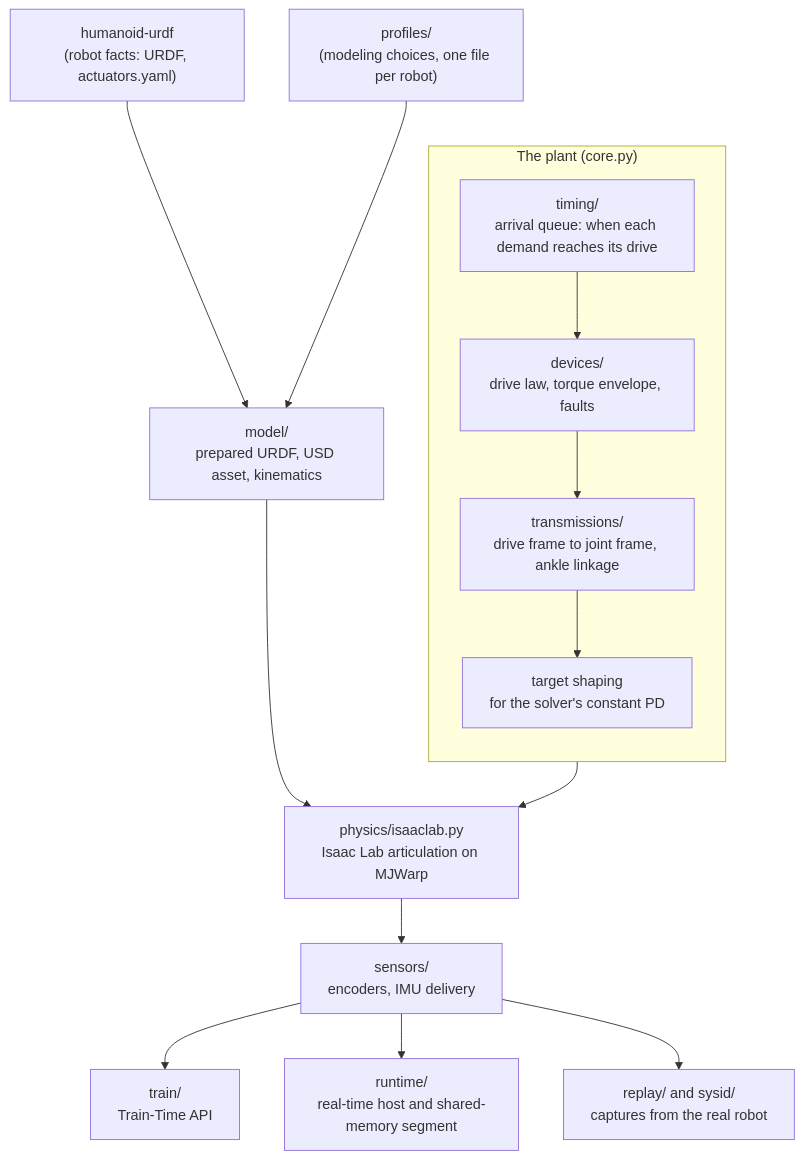
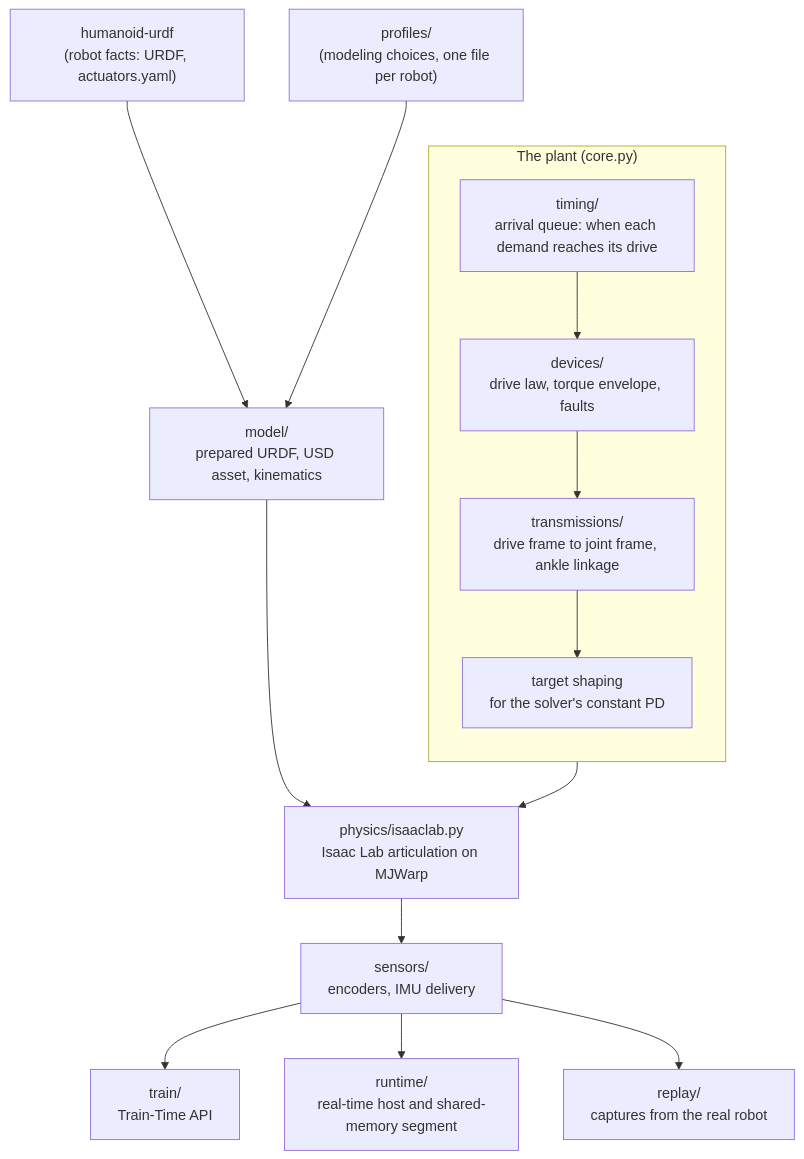
The second of 2 diagrams in docs/overview.md (ETHRoboticsClub/humanoid-sim), drawn with Mermaid before and after one commit. The commit also changed 29 other files, not shown here.

````diff
--- a/docs/overview.md
+++ b/docs/overview.md
@@ -55,17 +55,17 @@
 ```mermaid
 flowchart TB
     urdf["humanoid-urdf<br/>(robot facts: URDF, actuators.yaml)"] --> model["model/<br/>prepared URDF, USD asset, kinematics"]
     profile["profiles/<br/>(modeling choices, one file per robot)"] --> model
     model --> phys["physics/isaaclab.py<br/>Isaac Lab articulation on MJWarp"]
     subgraph plant["The plant (core.py)"]
         direction TB
         arrive["timing/<br/>arrival queue: when each demand reaches its drive"] --> bank["devices/<br/>drive law, torque envelope, faults"]
         bank --> trans["transmissions/<br/>drive frame to joint frame, ankle linkage"]
         trans --> shape["target shaping<br/>for the solver's constant PD"]
     end
     shape --> phys
     phys --> sensors["sensors/<br/>encoders, IMU delivery"]
     sensors --> train["train/<br/>Train-Time API"]
     sensors --> runtime["runtime/<br/>real-time host and shared-memory segment"]
-    sensors --> replay["replay/ and sysid/<br/>captures from the real robot"]
+    sensors --> replay["replay/<br/>captures from the real robot"]
 ```
````
